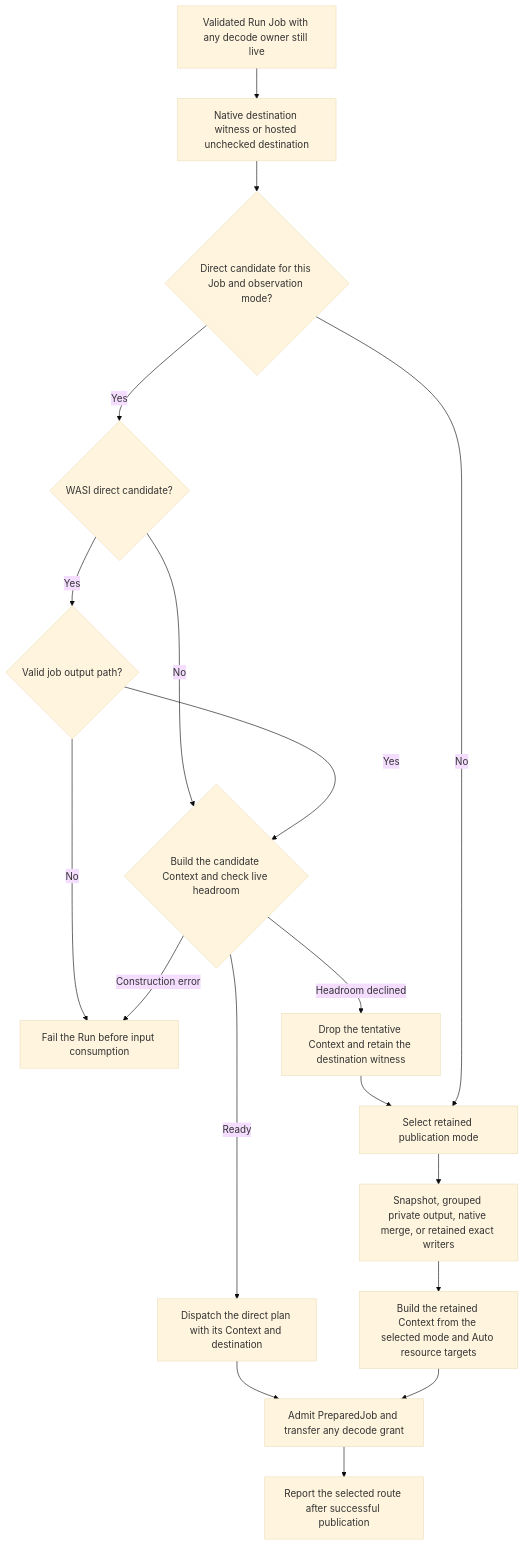
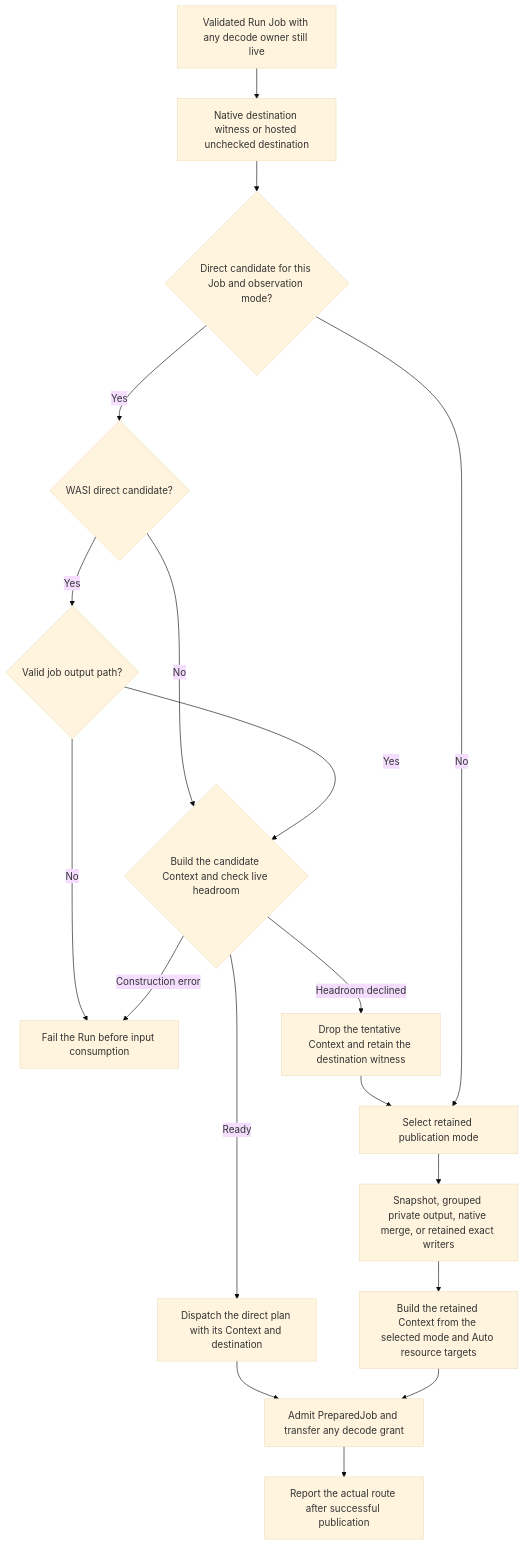
One commit to jsmatfess/chopper changed the second of 20 diagrams in docs/execution-decisions.md. Above: the diagram before and after it, drawn with Mermaid (base theme). The commit also changed other lines of this file and 7 other files, not shown here.

````diff
--- a/docs/execution-decisions.md
+++ b/docs/execution-decisions.md
@@ -118,20 +118,20 @@
 ```mermaid
 flowchart TD
     Validated[Validated Run Job with any decode owner still live] --> Destination[Native destination witness or hosted unchecked destination]
     Destination --> Candidate{Direct candidate for this Job and observation mode?}
     Candidate -->|Yes| Hosted{WASI direct candidate?}
     Hosted -->|Yes| Output{Valid job output path?}
     Hosted -->|No| Context{Build the candidate Context and check live headroom}
     Output -->|Yes| Context
     Output -->|No| Fail
     Context -->|Construction error| Fail[Fail the Run before input consumption]
     Context -->|Ready| Direct[Dispatch the direct plan with its Context and destination]
     Context -->|Headroom declined| Drop[Drop the tentative Context and retain the destination witness]
     Drop --> Retained[Select retained publication mode]
     Candidate -->|No| Retained
     Retained --> Policy[Snapshot, grouped private output, native merge, or retained exact writers]
     Policy --> Process[Build the retained Context from the selected mode and Auto resource targets]
     Direct --> JobAdmission[Admit PreparedJob and transfer any decode grant]
     Process --> JobAdmission
-    JobAdmission --> Report[Report the selected route after successful publication]
+    JobAdmission --> Report[Report the actual route after successful publication]
 ```
````
